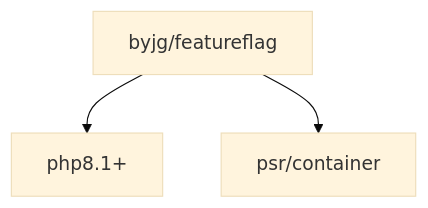
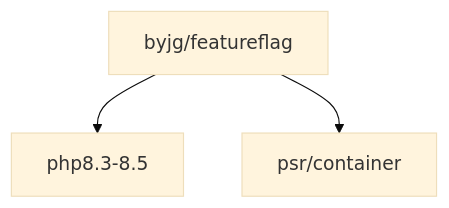
One commit to byjg/byjg.github.io changed the diagram in docs/php/featureflag/README.md. Above: the diagram before and after it, drawn with Mermaid (base theme). The commit also changed other lines of this file and 1 other file, not shown here.

Commit message:
Update documentation 'php' 'php-featureflag'

````diff
--- a/docs/php/featureflag/README.md
+++ b/docs/php/featureflag/README.md
@@ -94,5 +95,5 @@
 ```mermaid
 flowchart TD
-    byjg/featureflag --> php8.1+
+    byjg/featureflag --> php8.3-8.5
     byjg/featureflag --> psr/container
 ```
````
